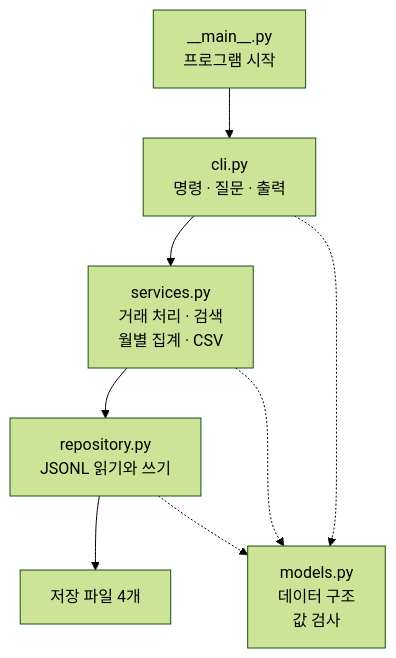
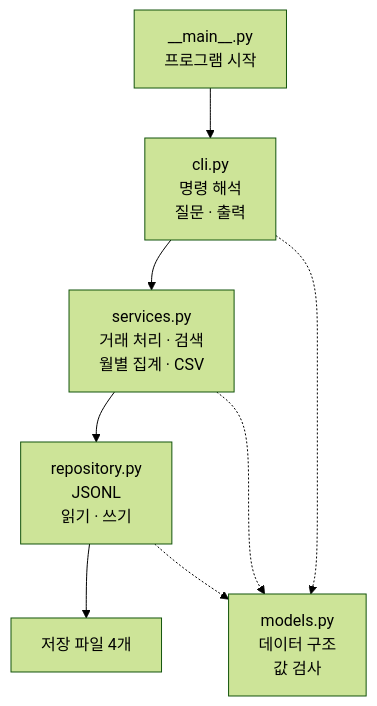
Before and after one commit to Cerhovah/Codyssey_Mission_B2-1: the eighth of 9 diagrams in README.md, drawn with Mermaid (forest theme). The commit also changed other lines of this file, not shown here.

First line of the commit message:
docs: 구조도에서 단어가 갈라지는 줄바꿈 정리

````diff
--- a/README.md
+++ b/README.md
@@ -402,10 +402,10 @@
 ```mermaid
 flowchart TD
-    Entry["__main__.py<br/>프로그램 시작"] --> Cli["cli.py<br/>명령 · 질문 · 출력"]
+    Entry["__main__.py<br/>프로그램 시작"] --> Cli["cli.py<br/>명령 해석<br/>질문 · 출력"]
     Cli --> Service["services.py<br/>거래 처리 · 검색<br/>월별 집계 · CSV"]
-    Service --> Repository["repository.py<br/>JSONL 읽기와 쓰기"]
+    Service --> Repository["repository.py<br/>JSONL<br/>읽기 · 쓰기"]
     Repository --> Files["저장 파일 4개"]
     Cli -.-> Models["models.py<br/>데이터 구조<br/>값 검사"]
     Service -.-> Models
     Repository -.-> Models
 ```
````
